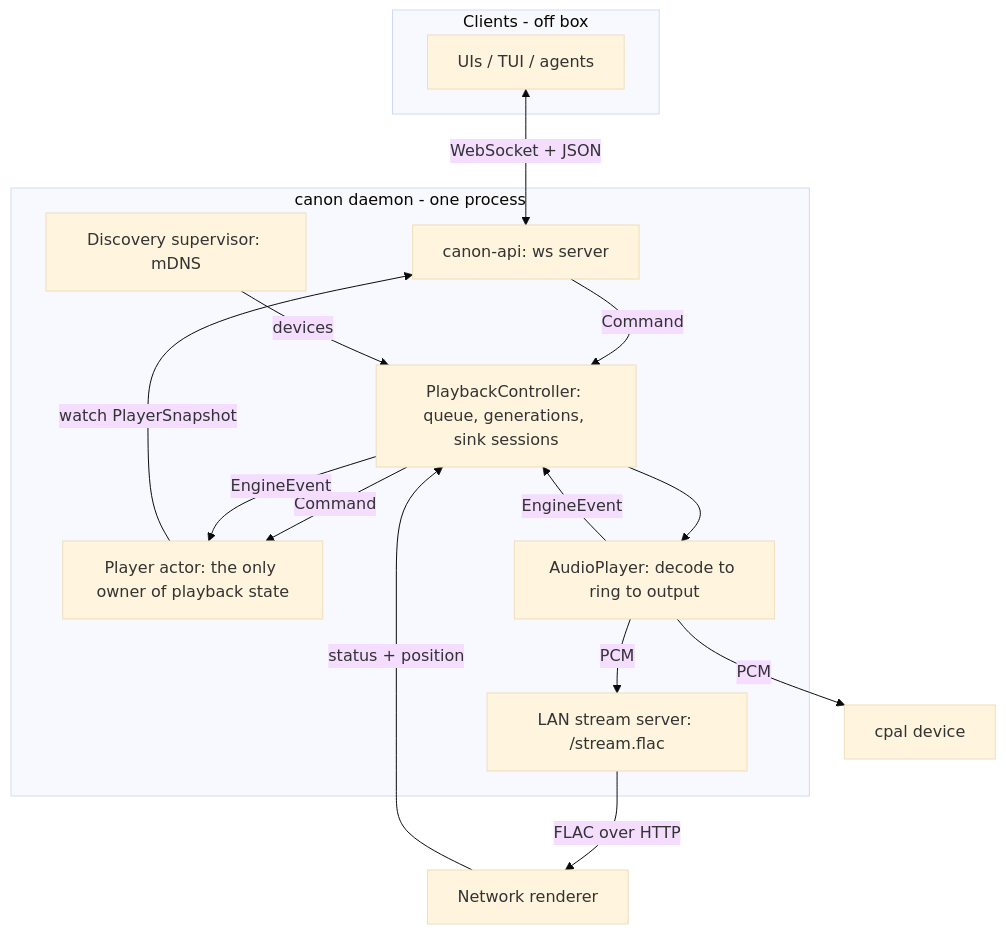
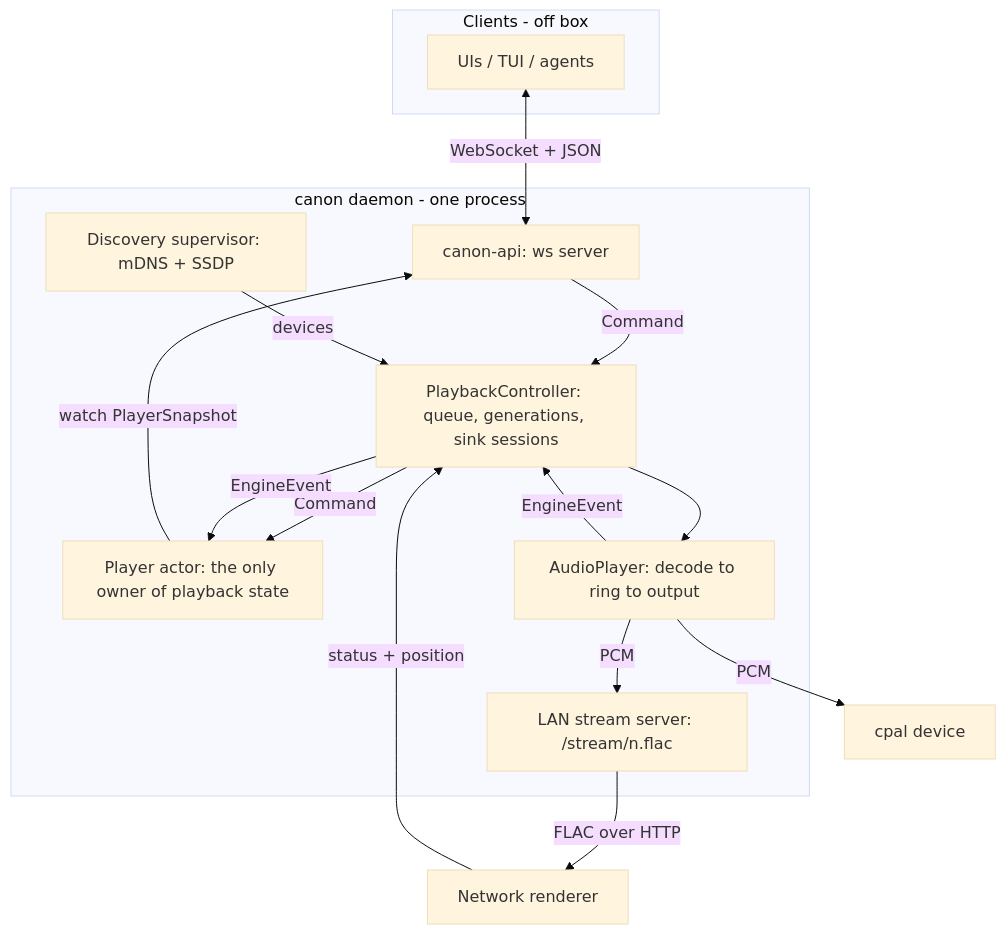
The first of 2 diagrams in docs/arch.md (joelgwebber/canon), drawn with Mermaid (base theme) before and after one commit. The commit also changed other lines of this file and 21 other files, not shown here.

````diff
--- a/docs/arch.md
+++ b/docs/arch.md
@@ -40,30 +40,30 @@
 ```mermaid
 flowchart TB
     subgraph clients [Clients - off box]
         UI[UIs / TUI / agents]
     end
 
     UI <-->|WebSocket + JSON| API
 
     subgraph daemon [canon daemon - one process]
         API[canon-api: ws server]
         CTRL[PlaybackController: queue, generations, sink sessions]
         PLAYER[Player actor: the only owner of playback state]
         ENGINE[AudioPlayer: decode to ring to output]
-        DISC[Discovery supervisor: mDNS]
-        HTTP[LAN stream server: /stream.flac]
+        DISC[Discovery supervisor: mDNS + SSDP]
+        HTTP[LAN stream server: /stream/n.flac]
     end
 
     API -->|Command| CTRL
     CTRL -->|Command| PLAYER
     PLAYER -->|watch PlayerSnapshot| API
     CTRL -->|EngineEvent| PLAYER
     ENGINE -->|EngineEvent| CTRL
     CTRL --> ENGINE
     DISC -->|devices| CTRL
     ENGINE -->|PCM| HTTP
 
     HTTP -->|FLAC over HTTP| DEV[Network renderer]
     ENGINE -->|PCM| LOCAL[cpal device]
     DEV -->|status + position| CTRL
 ```
````
